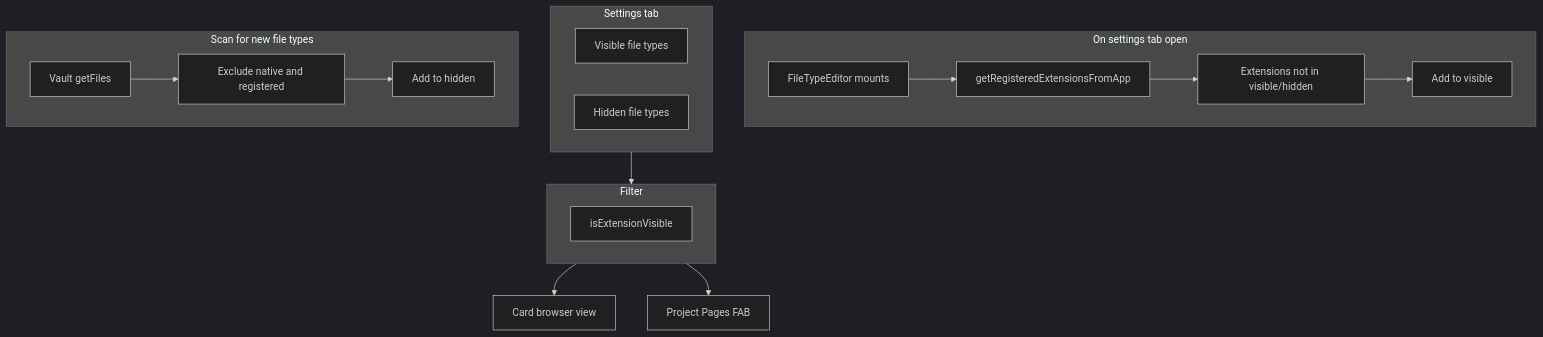
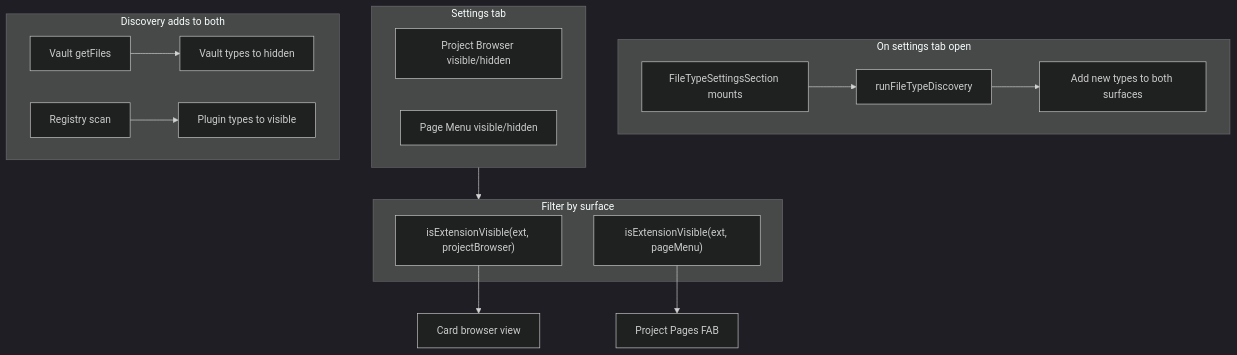
Before and after one commit to rolltidehero/obsidian-star-rater: the diagram in docs/file-type-visibility.md, drawn with Mermaid (dark theme). The commit also changed other lines of this file and 8 other files, not shown here.

Commit message:
Split page and browser filetype visibility

````diff
--- a/docs/file-type-visibility.md
+++ b/docs/file-type-visibility.md
@@ -31,30 +31,32 @@
 ```mermaid
 flowchart TD
     subgraph OnSettingsOpen [On settings tab open]
-        Mount[FileTypeEditor mounts]
-        GetReg[getRegisteredExtensionsFromApp]
-        Diff[Extensions not in visible/hidden]
-        AddToVisible[Add to visible]
-        Mount --> GetReg --> Diff --> AddToVisible
+        Mount[FileTypeSettingsSection mounts]
+        Discovery[runFileTypeDiscovery]
+        AddToBoth[Add new types to both surfaces]
+        Mount --> Discovery --> AddToBoth
     end
 
     subgraph Settings [Settings tab]
-        Visible[Visible file types]
-        Hidden[Hidden file types]
+        PBBrowser[Project Browser visible/hidden]
+        PMMenu[Page Menu visible/hidden]
     end
 
-    subgraph Filter [Filter]
-        IsVisible[isExtensionVisible]
+    subgraph Filter [Filter by surface]
+        IsVisiblePB["isExtensionVisible(ext, projectBrowser)"]
+        IsVisiblePM["isExtensionVisible(ext, pageMenu)"]
     end
 
-    subgraph Scan [Scan for new file types]
+    subgraph DiscoveryLogic [Discovery adds to both]
         VaultScan[Vault getFiles]
-        FilterScan[Exclude native and registered]
-        AddToHidden[Add to hidden]
-        VaultScan --> FilterScan --> AddToHidden
+        RegScan[Registry scan]
+        AddPlugin[Plugin types to visible]
+        AddVault[Vault types to hidden]
+        VaultScan --> AddVault
+        RegScan --> AddPlugin
     end
 
     Settings --> Filter
-    Filter --> CardBrowser[Card browser view]
-    Filter --> ProjectPagesFAB[Project Pages FAB]
+    IsVisiblePB --> CardBrowser[Card browser view]
+    IsVisiblePM --> ProjectPagesFAB[Project Pages FAB]
 ```
````
